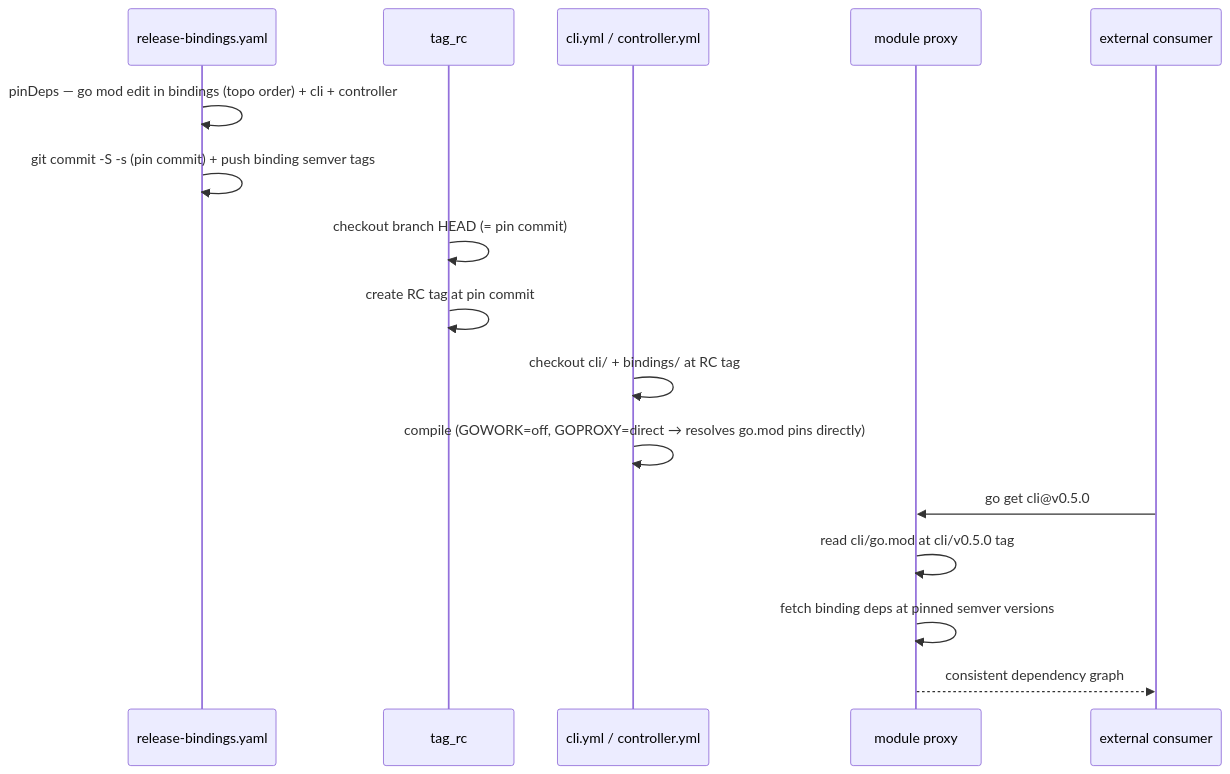
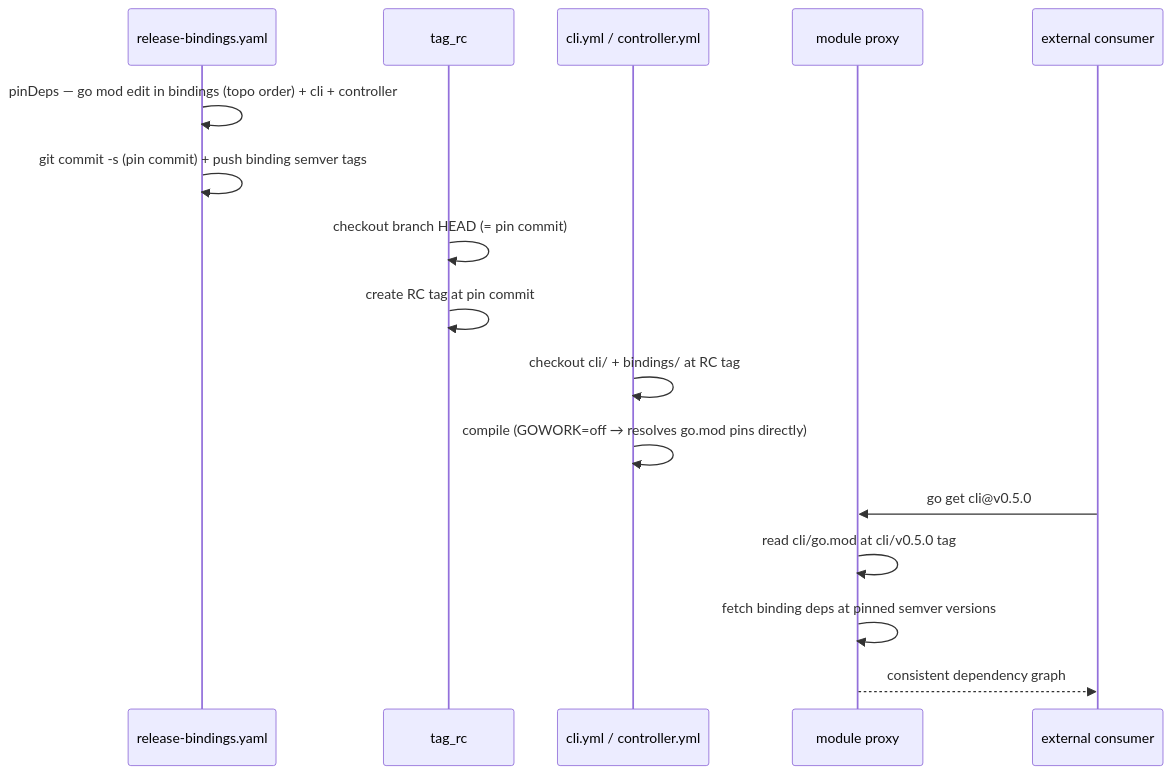
One commit to matthiasbruns/open-component-model changed the diagram in docs/adr/0025_bindings_ci_and_release_strategy.md. Above: the diagram before and after it, drawn with Mermaid. The commit also changed other lines of this file, not shown here.

````diff
--- a/docs/adr/0025_bindings_ci_and_release_strategy.md
+++ b/docs/adr/0025_bindings_ci_and_release_strategy.md
@@ -279,20 +285,20 @@
 ```mermaid
 sequenceDiagram
     participant RB as release-bindings.yaml
     participant RC as tag_rc
     participant Build as cli.yml / controller.yml
     participant Proxy as module proxy
     participant Ext as external consumer
 
     RB->>RB: pinDeps — go mod edit in bindings (topo order) + cli + controller
-    RB->>RB: git commit -S -s (pin commit) + push binding semver tags
+    RB->>RB: git commit -s (pin commit) + push binding semver tags
     RC->>RC: checkout branch HEAD (= pin commit)
     RC->>RC: create RC tag at pin commit
     Build->>Build: checkout cli/ + bindings/ at RC tag
-    Build->>Build: compile (GOWORK=off, GOPROXY=direct → resolves go.mod pins directly)
+    Build->>Build: compile (GOWORK=off → resolves go.mod pins directly)
 
     Ext->>Proxy: go get cli@v0.5.0
     Proxy->>Proxy: read cli/go.mod at cli/v0.5.0 tag
     Proxy->>Proxy: fetch binding deps at pinned semver versions
     Proxy-->>Ext: consistent dependency graph
 ```
````
